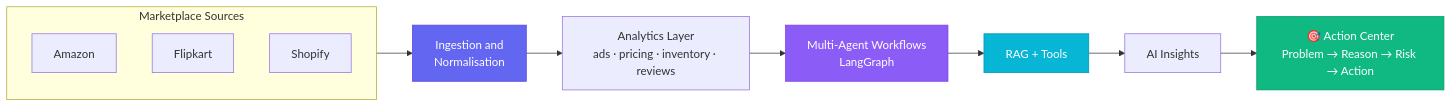
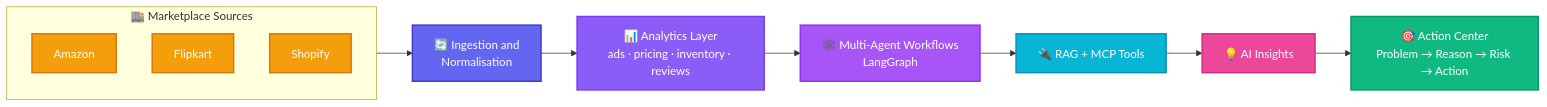
The second of 2 diagrams in README.md (Dhanushgs1/Dhanushgs1), drawn with Mermaid before and after one commit. The commit also changed other lines of this file, not shown here.

````diff
--- a/README.md
+++ b/README.md
@@ -67,19 +89,24 @@
 ```mermaid
 flowchart LR
-    subgraph SRC["Marketplace Sources"]
+    subgraph SRC["🏬 Marketplace Sources"]
         A1["Amazon"]
         A2["Flipkart"]
         A3["Shopify"]
     end
-    SRC --> ING["Ingestion and<br/>Normalisation"]
-    ING --> AN["Analytics Layer<br/>ads · pricing · inventory · reviews"]
-    AN --> AG["Multi-Agent Workflows<br/>LangGraph"]
-    AG --> T["RAG + Tools"]
-    T --> INS["AI Insights"]
+    SRC --> ING["🔄 Ingestion and<br/>Normalisation"]
+    ING --> AN["📊 Analytics Layer<br/>ads · pricing · inventory · reviews"]
+    AN --> AG["🕸️ Multi-Agent Workflows<br/>LangGraph"]
+    AG --> T["🔌 RAG + MCP Tools"]
+    T --> INS["💡 AI Insights"]
     INS --> AC["🎯 Action Center<br/>Problem → Reason → Risk → Action"]
 
-    style ING fill:#6366f1,stroke:#4f46e5,color:#fff
-    style AG fill:#8b5cf6,stroke:#7c3aed,color:#fff
-    style T fill:#06b6d4,stroke:#0891b2,color:#fff
-    style AC fill:#10b981,stroke:#059669,color:#fff
+    style A1 fill:#f59e0b,stroke:#d97706,stroke-width:2px,color:#fff
+    style A2 fill:#f59e0b,stroke:#d97706,stroke-width:2px,color:#fff
+    style A3 fill:#f59e0b,stroke:#d97706,stroke-width:2px,color:#fff
+    style ING fill:#6366f1,stroke:#4338ca,stroke-width:2px,color:#fff
+    style AN fill:#8b5cf6,stroke:#7c3aed,stroke-width:2px,color:#fff
+    style AG fill:#a855f7,stroke:#9333ea,stroke-width:2px,color:#fff
+    style T fill:#06b6d4,stroke:#0891b2,stroke-width:2px,color:#fff
+    style INS fill:#ec4899,stroke:#db2777,stroke-width:2px,color:#fff
+    style AC fill:#10b981,stroke:#059669,stroke-width:2px,color:#fff
 ```
````
